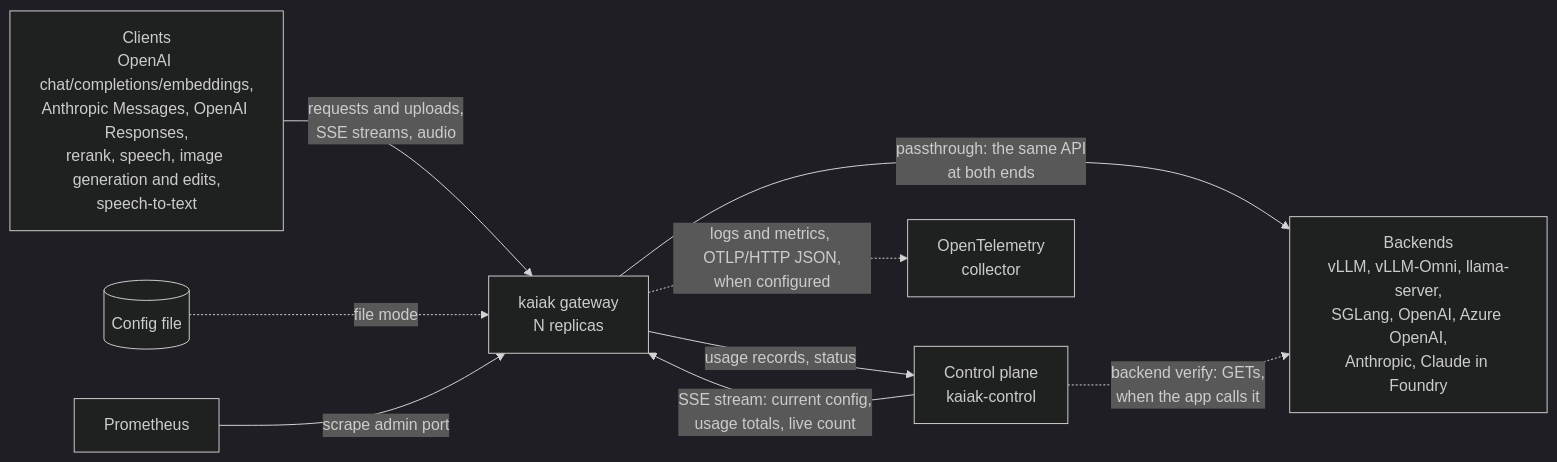
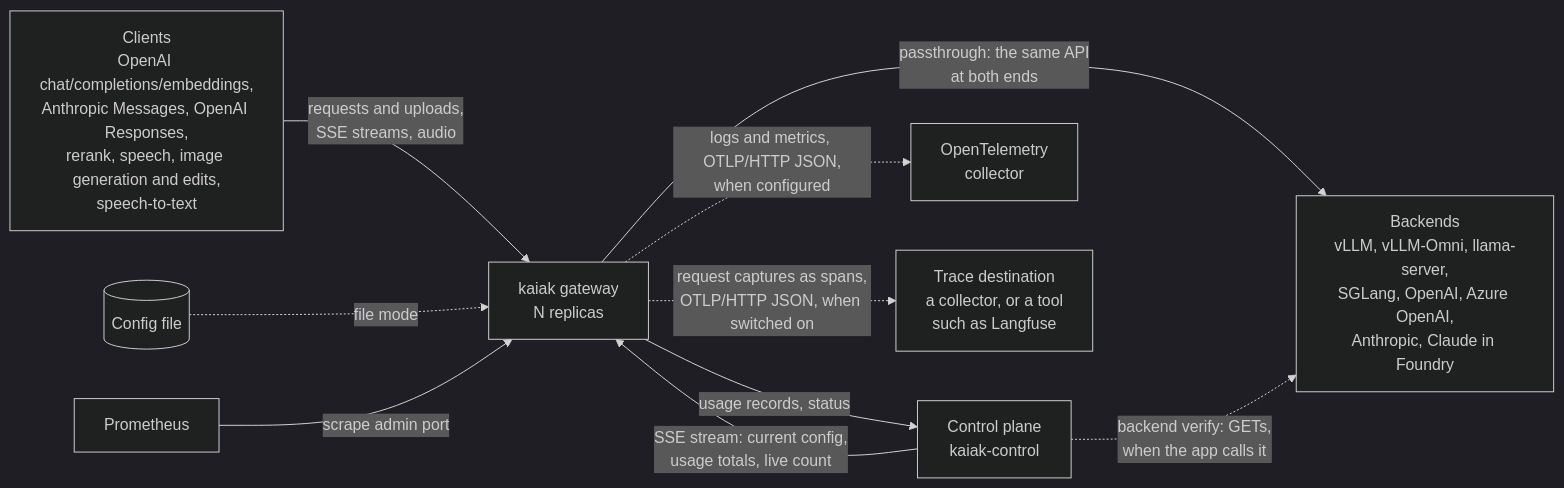
One commit to acdtrx/kaiak changed the first of 3 diagrams in docs/ARCHITECTURE.md. Above: the diagram before and after it, drawn with Mermaid (dark theme). The commit also changed other lines of this file and 237 other files, not shown here.

First line of the commit message:
docs(protocol): request capture contract — protocol 8 with capture required on every group; the Request capture section, trace export and the session header in the specs — step 1

````diff
--- a/docs/ARCHITECTURE.md
+++ b/docs/ARCHITECTURE.md
@@ -25,11 +25,12 @@
 ```mermaid
 flowchart LR
     client[Clients<br/>OpenAI chat/completions/embeddings,<br/>Anthropic Messages, OpenAI Responses,<br/>rerank, speech, image generation and edits,<br/>speech-to-text] -->|requests and uploads,<br/>SSE streams, audio| gw[kaiak gateway<br/>N replicas]
     gw -->|passthrough: the same API<br/>at both ends| be[Backends<br/>vLLM, vLLM-Omni, llama-server,<br/>SGLang, OpenAI, Azure OpenAI,<br/>Anthropic, Claude in Foundry]
     cp[Control plane<br/>kaiak-control] -->|SSE stream: current config,<br/>usage totals, live count| gw
     gw -->|usage records, status| cp
     cp -.->|backend verify: GETs,<br/>when the app calls it| be
     file[(Config file)] -.->|file mode| gw
     prom[Prometheus] -->|scrape admin port| gw
     gw -.->|logs and metrics, OTLP/HTTP JSON,<br/>when configured| otel[OpenTelemetry<br/>collector]
+    gw -.->|request captures as spans,<br/>OTLP/HTTP JSON, when switched on| traces[Trace destination<br/>a collector, or a tool<br/>such as Langfuse]
 ```
````
